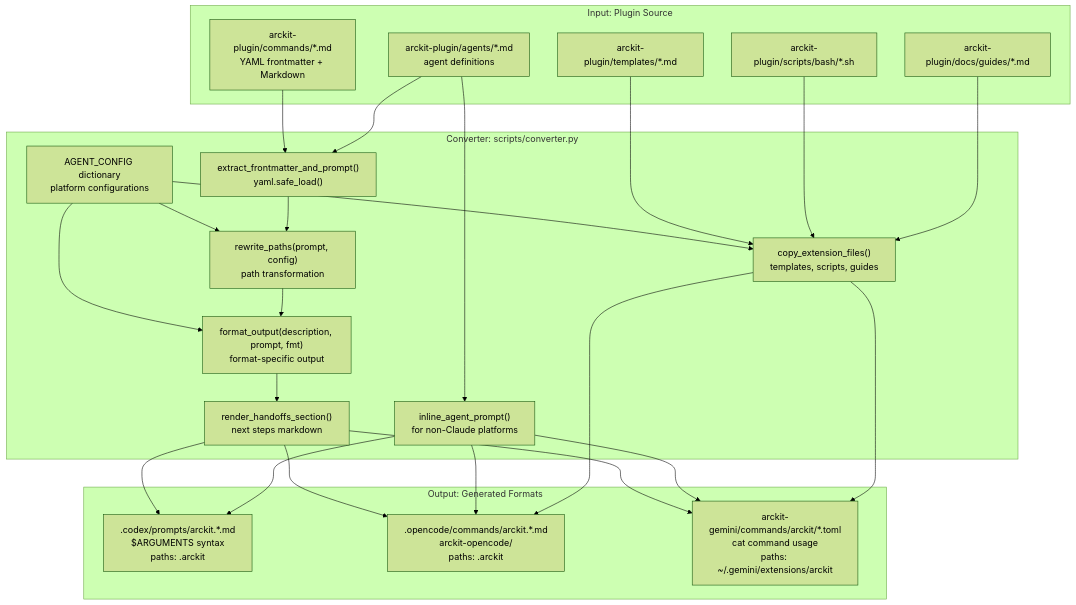
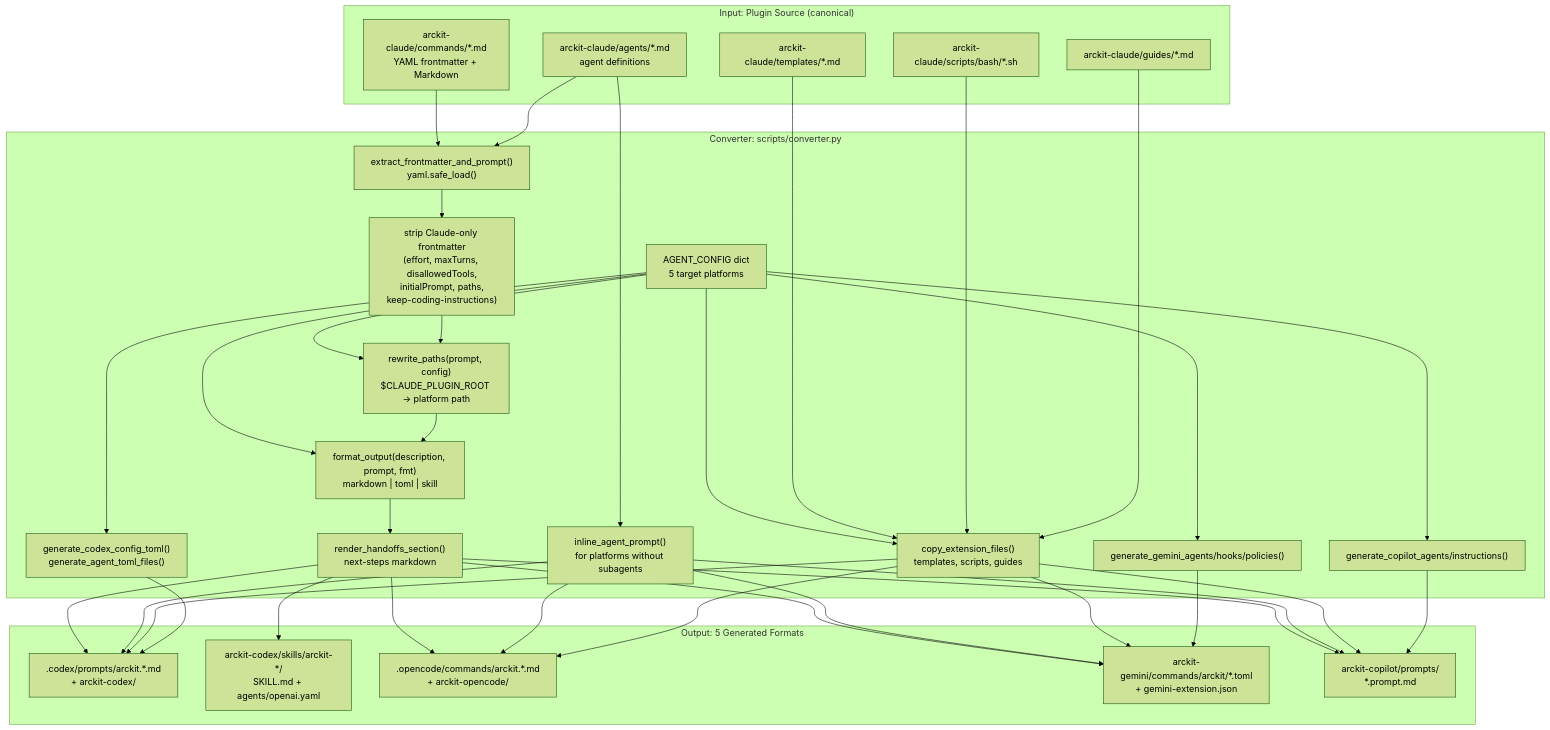
One commit to AmirulAndalib/arc-kit changed the diagram in docs/book-research/deepwiki-diagrams/candidates/6ab4b3ba.mmd. Above: the diagram before and after it, drawn with Mermaid (forest theme). The commit also changed 9 other files, not shown here.

First line of the commit message:
docs: audit remaining 16 candidates; deep-fix converter, doc-types, analyze flow, filename validator

```diff
--- a/docs/book-research/deepwiki-diagrams/candidates/6ab4b3ba.mmd
+++ b/docs/book-research/deepwiki-diagrams/candidates/6ab4b3ba.mmd
@@ -1,48 +1,72 @@
+%% Converter pipeline — audited 2026-04-20 against scripts/converter.py
+%% Original DeepWiki diagram showed 3 output formats; the real set is 5
+%% (Codex Markdown + Codex Skills share the arckit-codex/ target but are
+%% distinct converter outputs). Python CLI distributes the Codex/OpenCode/
+%% Copilot outputs via pip — not a converter output itself.
 graph TB
-    subgraph "Input: Plugin Source"
-        CMD["arckit-plugin/commands/*.md<br/>YAML frontmatter + Markdown"]
-        AGENTS["arckit-plugin/agents/*.md<br/>agent definitions"]
-        TEMPLATES["arckit-plugin/templates/*.md"]
-        SCRIPTS["arckit-plugin/scripts/bash/*.sh"]
-        GUIDES["arckit-plugin/docs/guides/*.md"]
+    subgraph "Input: Plugin Source (canonical)"
+        CMD["arckit-claude/commands/*.md<br/>YAML frontmatter + Markdown"]
+        AGENTS["arckit-claude/agents/*.md<br/>agent definitions"]
+        TEMPLATES["arckit-claude/templates/*.md"]
+        SCRIPTS["arckit-claude/scripts/bash/*.sh"]
+        GUIDES["arckit-claude/guides/*.md"]
     end
-    
+
     subgraph "Converter: scripts/converter.py"
-        CONFIG["AGENT_CONFIG dictionary<br/>platform configurations"]
+        CONFIG["AGENT_CONFIG dict<br/>5 target platforms"]
         PARSE["extract_frontmatter_and_prompt()<br/>yaml.safe_load()"]
-        REWRITE["rewrite_paths(prompt, config)<br/>path transformation"]
-        FORMAT["format_output(description, prompt, fmt)<br/>format-specific output"]
-        HANDOFFS["render_handoffs_section()<br/>next steps markdown"]
-        AGENT_INLINE["inline_agent_prompt()<br/>for non-Claude platforms"]
+        REWRITE["rewrite_paths(prompt, config)<br/>$CLAUDE_PLUGIN_ROOT → platform path"]
+        STRIP["strip Claude-only frontmatter<br/>(effort, maxTurns, disallowedTools,<br/>initialPrompt, paths,<br/>keep-coding-instructions)"]
+        FORMAT["format_output(description, prompt, fmt)<br/>markdown | toml | skill"]
+        HANDOFFS["render_handoffs_section()<br/>next-steps markdown"]
+        AGENT_INLINE["inline_agent_prompt()<br/>for platforms without subagents"]
         COPY["copy_extension_files()<br/>templates, scripts, guides"]
+        CODEX_TOML["generate_codex_config_toml()<br/>generate_agent_toml_files()"]
+        GEMINI_EXTRAS["generate_gemini_agents/hooks/policies()"]
+        COPILOT_EXTRAS["generate_copilot_agents/instructions()"]
     end
-    
-    subgraph "Output: Generated Formats"
-        CODEX[".codex/prompts/arckit.*.md<br/>$ARGUMENTS syntax<br/>paths: .arckit"]
-        OPENCODE[".opencode/commands/arckit.*.md<br/>arckit-opencode/<br/>paths: .arckit"]
-        GEMINI["arckit-gemini/commands/arckit/*.toml<br/>cat command usage<br/>paths: ~/.gemini/extensions/arckit"]
+
+    subgraph "Output: 5 Generated Formats"
+        CODEX_MD[".codex/prompts/arckit.*.md<br/>+ arckit-codex/"]
+        CODEX_SK["arckit-codex/skills/arckit-*/<br/>SKILL.md + agents/openai.yaml"]
+        OPENCODE[".opencode/commands/arckit.*.md<br/>+ arckit-opencode/"]
+        GEMINI["arckit-gemini/commands/arckit/*.toml<br/>+ gemini-extension.json"]
+        COPILOT["arckit-copilot/prompts/<br/>*.prompt.md"]
     end
-    
+
     CMD --> PARSE
     AGENTS --> PARSE
     CONFIG --> REWRITE
     CONFIG --> FORMAT
     CONFIG --> COPY
-    
-    PARSE --> REWRITE
+
+    PARSE --> STRIP
+    STRIP --> REWRITE
     REWRITE --> FORMAT
     FORMAT --> HANDOFFS
-    HANDOFFS --> CODEX
+    HANDOFFS --> CODEX_MD
+    HANDOFFS --> CODEX_SK
     HANDOFFS --> OPENCODE
     HANDOFFS --> GEMINI
-    
+    HANDOFFS --> COPILOT
+
     AGENTS --> AGENT_INLINE
-    AGENT_INLINE --> CODEX
+    AGENT_INLINE --> CODEX_MD
     AGENT_INLINE --> OPENCODE
     AGENT_INLINE --> GEMINI
-    
+    AGENT_INLINE --> COPILOT
+
     TEMPLATES --> COPY
     SCRIPTS --> COPY
     GUIDES --> COPY
+    COPY --> CODEX_MD
     COPY --> OPENCODE
     COPY --> GEMINI
+    COPY --> COPILOT
+
+    CONFIG --> CODEX_TOML
+    CODEX_TOML --> CODEX_MD
+    CONFIG --> GEMINI_EXTRAS
+    GEMINI_EXTRAS --> GEMINI
+    CONFIG --> COPILOT_EXTRAS
+    COPILOT_EXTRAS --> COPILOT
```
